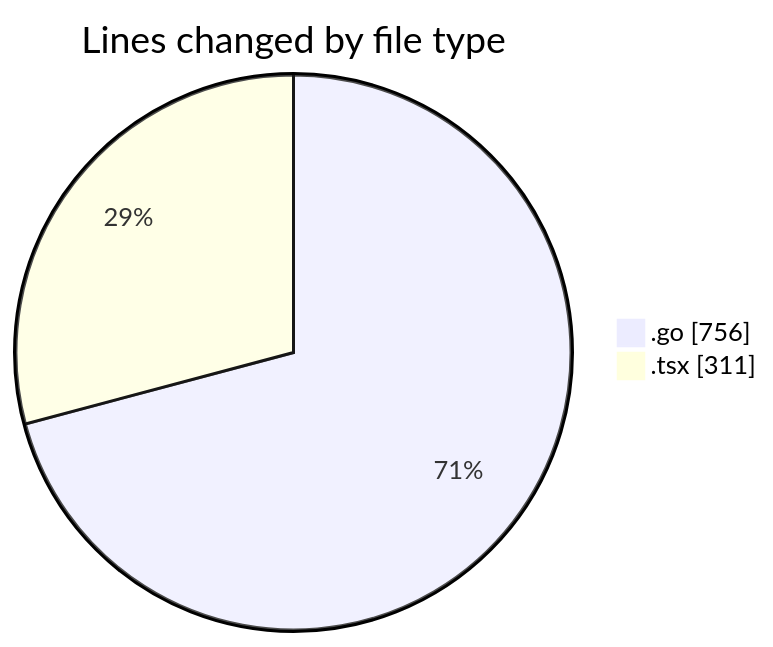
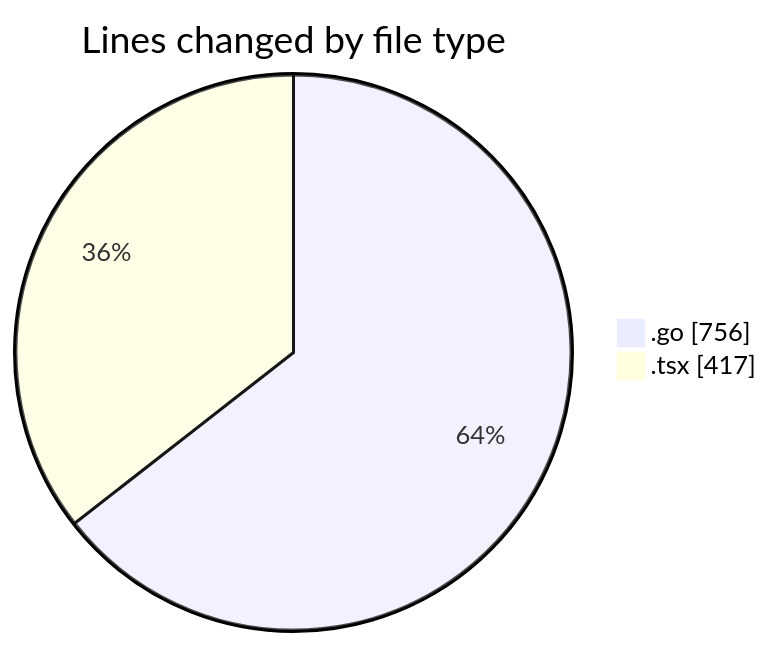
The first of 2 diagrams in 2025-03-01/termonied_testador/README.md (robertbonfada/code-tracking), drawn with Mermaid before and after one commit. The commit also changed other lines of this file and 1 other file, not shown here.

````diff
--- a/2025-03-01/termonied_testador/README.md
+++ b/2025-03-01/termonied_testador/README.md
@@ -28,6 +28,6 @@
 ```mermaid
 pie showData
 title Lines changed by file type
 ".go" : 756
-".tsx" : 311
+".tsx" : 417
 ```
````
